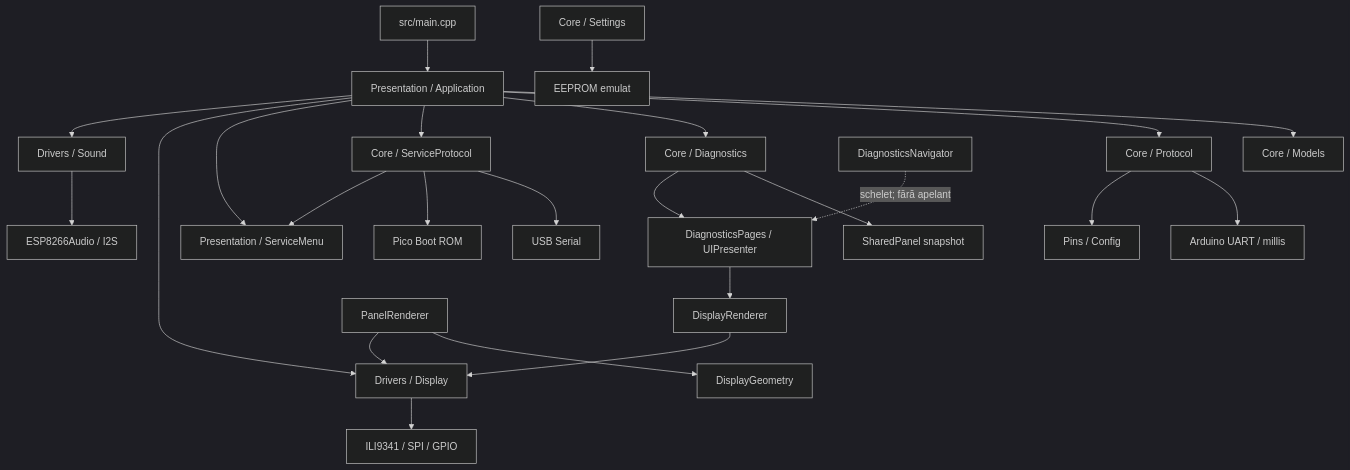
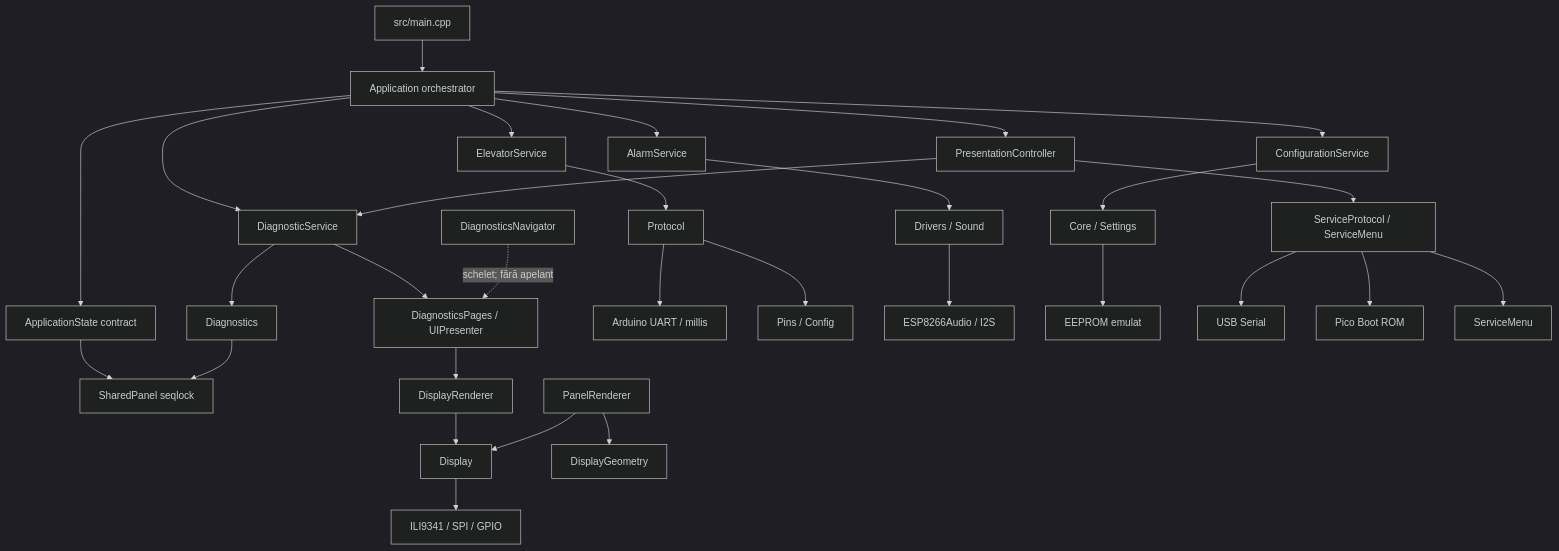
One commit to florin332/Panou-lift changed the diagram in panou_cabina/audit.md. Above: the diagram before and after it, drawn with Mermaid (dark theme). The commit also changed other lines of this file and 19 other files, not shown here.

First line of the commit message:
Mută randarea în PresentationController, introduce servicii dedicate pentru lift, alarme, diagnosticare și configurare și centralizează accesul sincronizat la SharedPanel. Separă contorul de boot de zona setărilor EEPROM.

````diff
--- a/panou_cabina/audit.md
+++ b/panou_cabina/audit.md
@@ -40,29 +40,34 @@
 ```mermaid
 flowchart TD
-    Main[src/main.cpp] --> App[Presentation / Application]
-    App --> Models[Core / Models]
-    App --> Protocol[Core / Protocol]
-    App --> Diagnostics[Core / Diagnostics]
-    App --> ServiceProtocol[Core / ServiceProtocol]
-    App --> ServiceMenu[Presentation / ServiceMenu]
-    App --> Display[Drivers / Display]
-    App --> Sound[Drivers / Sound]
+    Main[src/main.cpp] --> App[Application orchestrator]
+    App --> Config[ConfigurationService]
+    App --> Elevator[ElevatorService]
+    App --> Alarm[AlarmService]
+    App --> DiagService[DiagnosticService]
+    App --> Controller[PresentationController]
+    App --> State[ApplicationState contract]
+    State --> SharedPanel[SharedPanel seqlock]
 
-    Diagnostics --> SharedPanel[SharedPanel snapshot]
-    Diagnostics --> PageBuilder[DiagnosticsPages / UIPresenter]
+    Controller --> ServiceProtocol[ServiceProtocol / ServiceMenu]
+    Controller --> DiagService
+    DiagService --> Diagnostics[Diagnostics]
+    Diagnostics --> SharedPanel
+    DiagService --> PageBuilder[DiagnosticsPages / UIPresenter]
     PageBuilder --> DisplayRenderer[DisplayRenderer]
     DisplayRenderer --> Display
     PanelRenderer[PanelRenderer] --> DisplayGeometry[DisplayGeometry]
     PanelRenderer --> Display
 
+    Elevator --> Protocol[Protocol]
     Protocol --> Arduino[Arduino UART / millis]
     Protocol --> HardwareConfig[Pins / Config]
+    Alarm --> Sound[Drivers / Sound]
+    Sound --> I2S[ESP8266Audio / I2S]
+    Config --> Settings[Settings / EEPROM]
     Settings[Core / Settings] --> EEPROM[EEPROM emulat]
     ServiceProtocol --> USB[USB Serial]
     ServiceProtocol --> Pico[Pico Boot ROM]
     ServiceProtocol --> ServiceMenu
     Display --> TFT[ILI9341 / SPI / GPIO]
-    Sound --> I2S[ESP8266Audio / I2S]
-
     Navigator[DiagnosticsNavigator] -. schelet; fără apelant .-> PageBuilder
 ```
````
